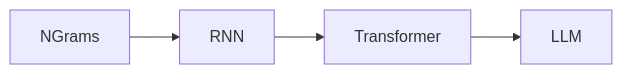
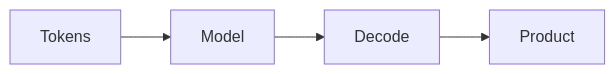
The diagram in domains/llm-engineering/llm-fundamentals/02-evolution-of-language-models.md (abdulsamad183/ai-engineering-playbook), drawn with Mermaid before and after one commit. The commit also changed other lines of this file and 306 other files, not shown here.

````diff
--- a/domains/llm-engineering/llm-fundamentals/02-evolution-of-language-models.md
+++ b/domains/llm-engineering/llm-fundamentals/02-evolution-of-language-models.md
@@ -26,4 +88,4 @@
 ```mermaid
 flowchart LR
-  NGrams --> RNN --> Transformer --> LLM
+  Tokens --> Model --> Decode --> Product
 ```
````
